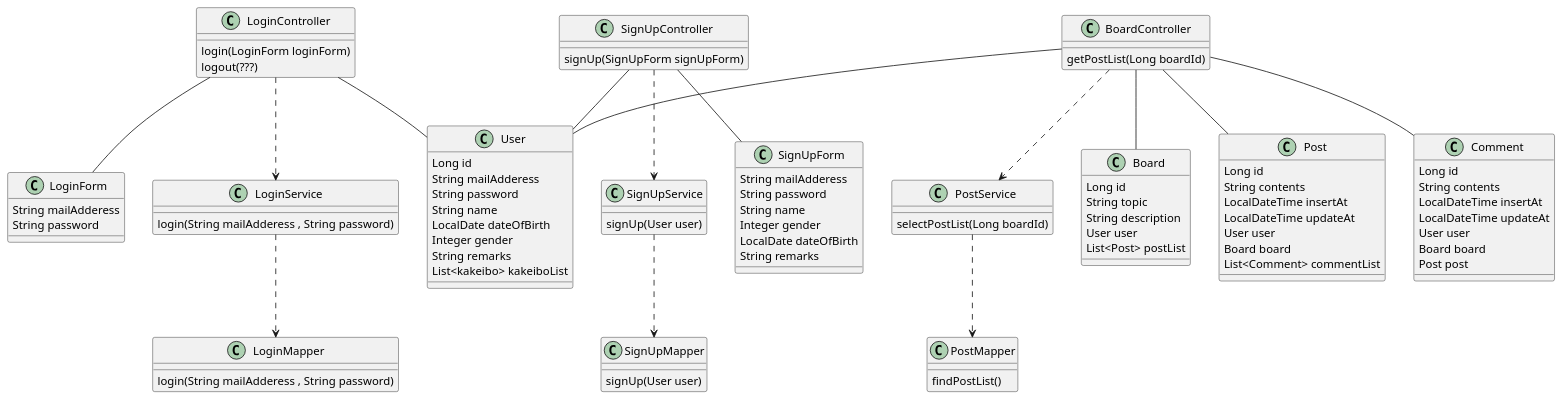
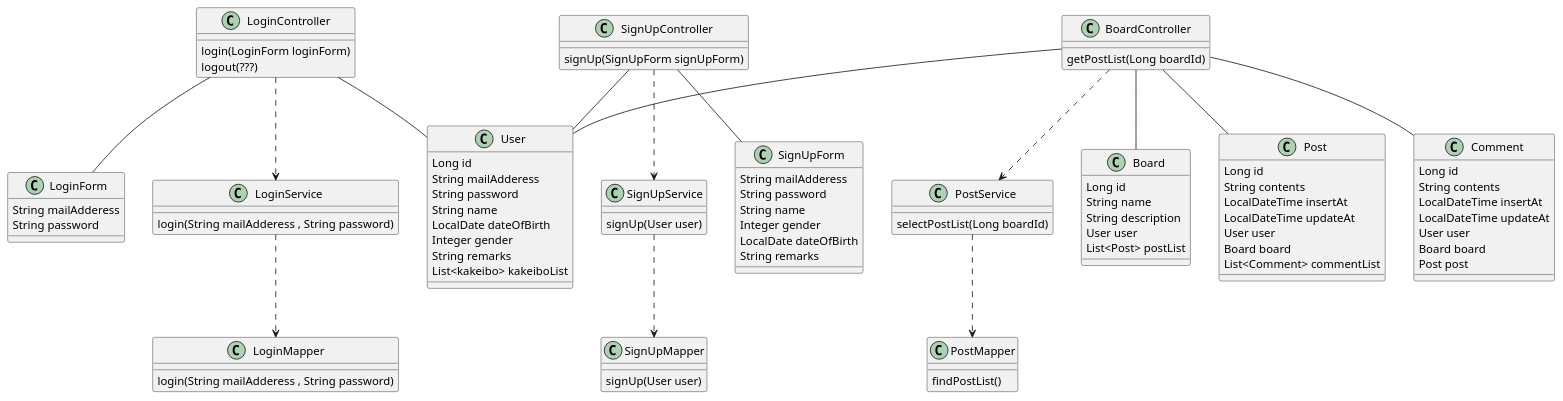
The diagram in documents/uml/クラス図/class.pu (shinnamie/sns-kakeibo), drawn with PlantUML before and after one commit. The commit also changed 3 other files, not shown here.

Commit message:
UML図の修正

```diff
--- a/documents/uml/クラス図/class.pu
+++ b/documents/uml/クラス図/class.pu
@@ -1,107 +1,107 @@
 @startuml
 top to bottom direction
 class LoginController {
     login(LoginForm loginForm)
     logout(???)
 }
 class LoginService{
     
     login(String mailAdderess , String password)
     
 }
 class LoginMapper{
     
     login(String mailAdderess , String password)
     
 }
 class SignUpController{
     signUp(SignUpForm signUpForm)
     
 }
 class SignUpService{
     signUp(User user)
 }
 class SignUpMapper{
     signUp(User user)
 }
 class SignUpForm{
     String mailAdderess
     String password
     String name
     Integer gender
     LocalDate dateOfBirth
     String remarks
 }
 
 class User{
     Long id
     String mailAdderess
     String password
     String name
     LocalDate dateOfBirth
     Integer gender
     String remarks
     List<kakeibo> kakeiboList
 }
 class LoginForm{
     String mailAdderess
     String password
 }
 
 class Board{
     Long id
-    String topic
+    String name
     String description
     User user
     List<Post> postList
 }
 
 class Post{
     Long id
     String contents
     LocalDateTime insertAt
     LocalDateTime updateAt
     User user
     Board board
     List<Comment> commentList
 }
 
 class Comment{
     Long id
     String contents
     LocalDateTime insertAt
     LocalDateTime updateAt
     User user
     Board board
     Post post
 
 
 }
 
 class BoardController{
     getPostList(Long boardId)
 }
 
 class PostService{
     selectPostList(Long boardId)
 }
 
 class PostMapper{
     findPostList()
 }
 
 LoginController  ..>  LoginService 
 LoginService  ..>  LoginMapper 
 LoginController -- LoginForm
 LoginController -- User
 SignUpController  ..>  SignUpService 
 SignUpService  ..>  SignUpMapper 
 SignUpController -- SignUpForm
 SignUpController -- User
 BoardController ..> PostService
 PostService ..> PostMapper
 BoardController -- User
 BoardController -- Board
 BoardController -- Post
 BoardController -- Comment
 @enduml
```
